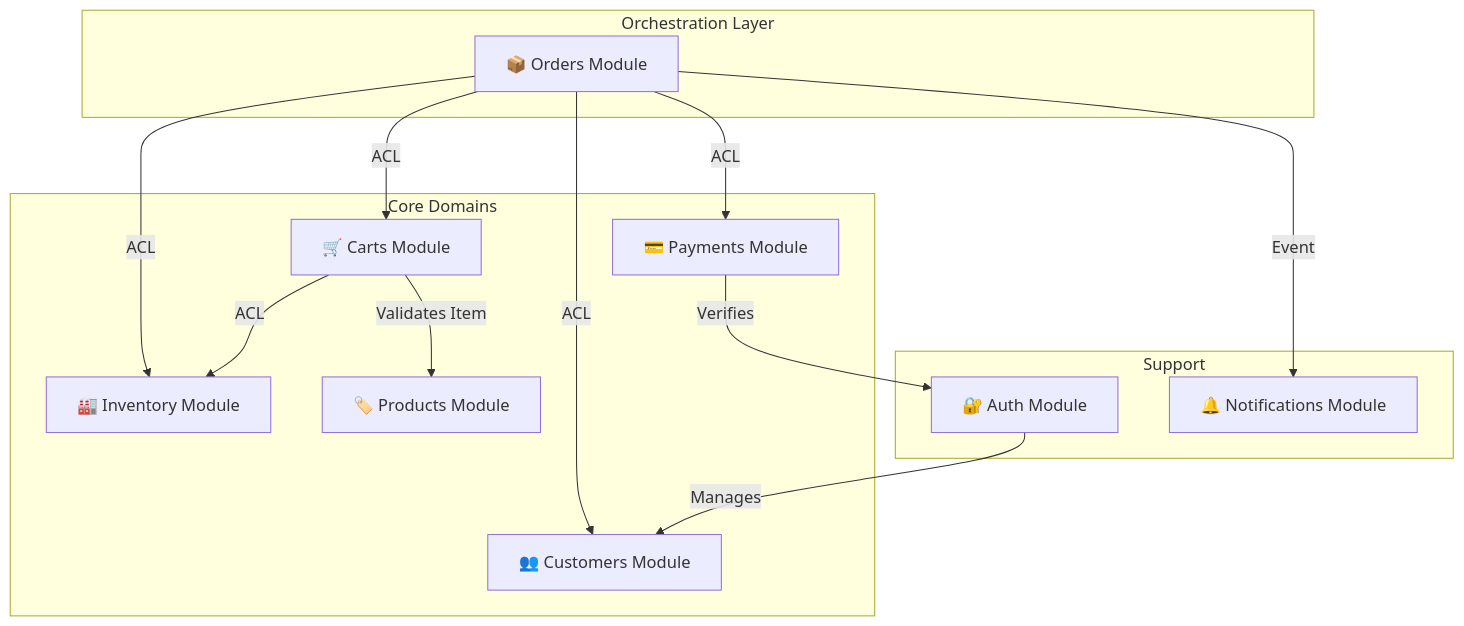
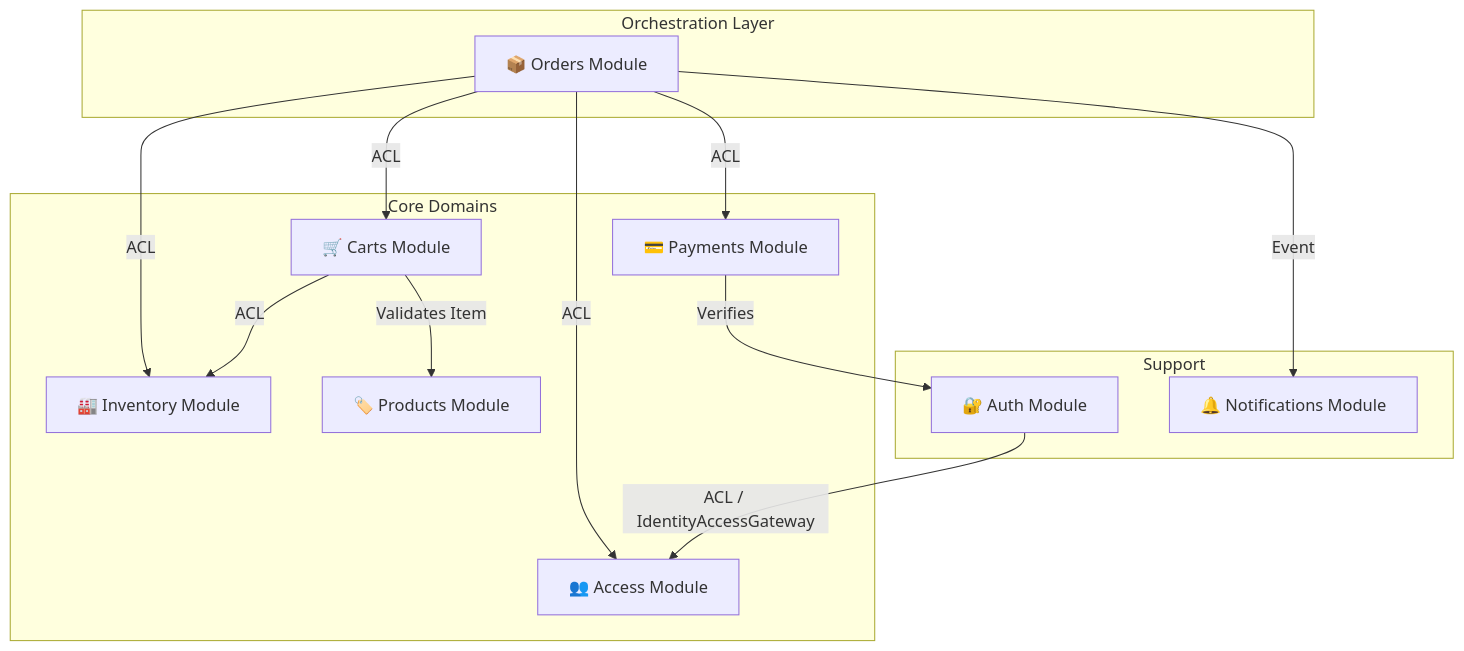
Before and after one commit to raouf-b-dev/ecommerce-store-api: the fourth of 11 diagrams in docs/architecture/ARCHITECTURE.md, drawn with Mermaid. The commit also changed other lines of this file and 10 other files, not shown here.

First line of the commit message:
ES-138: Refactor architecture documentation to replace 'Customers' with 'Access' and update related terminology

````diff
--- a/docs/architecture/ARCHITECTURE.md
+++ b/docs/architecture/ARCHITECTURE.md
@@ -167,34 +167,34 @@
 ```mermaid
 graph TD
     subgraph "Orchestration Layer"
         Orders["📦 Orders Module"]
     end
 
     subgraph "Core Domains"
         Inventory["🏭 Inventory Module"]
         Payments["💳 Payments Module"]
         Products["🏷️ Products Module"]
-        Customers["👥 Customers Module"]
+        Access["👥 Access Module"]
         Carts["🛒 Carts Module"]
     end
 
     subgraph "Support"
         Auth["🔐 Auth Module"]
         Notifications["🔔 Notifications Module"]
     end
 
     %% Orders Dependencies
     Orders -->|ACL| Inventory
     Orders -->|ACL| Payments
-    Orders -->|ACL| Customers
+    Orders -->|ACL| Access
     Orders -->|ACL| Carts
     Orders -->|Event| Notifications
 
     %% Carts Dependencies
     Carts -->|ACL| Inventory
     Carts -->|Validates Item| Products
 
     %% Auth Dependencies
-    Auth -->|Manages| Customers
+    Auth -->|ACL / IdentityAccessGateway| Access
     Payments -->|Verifies| Auth
 ```
````
